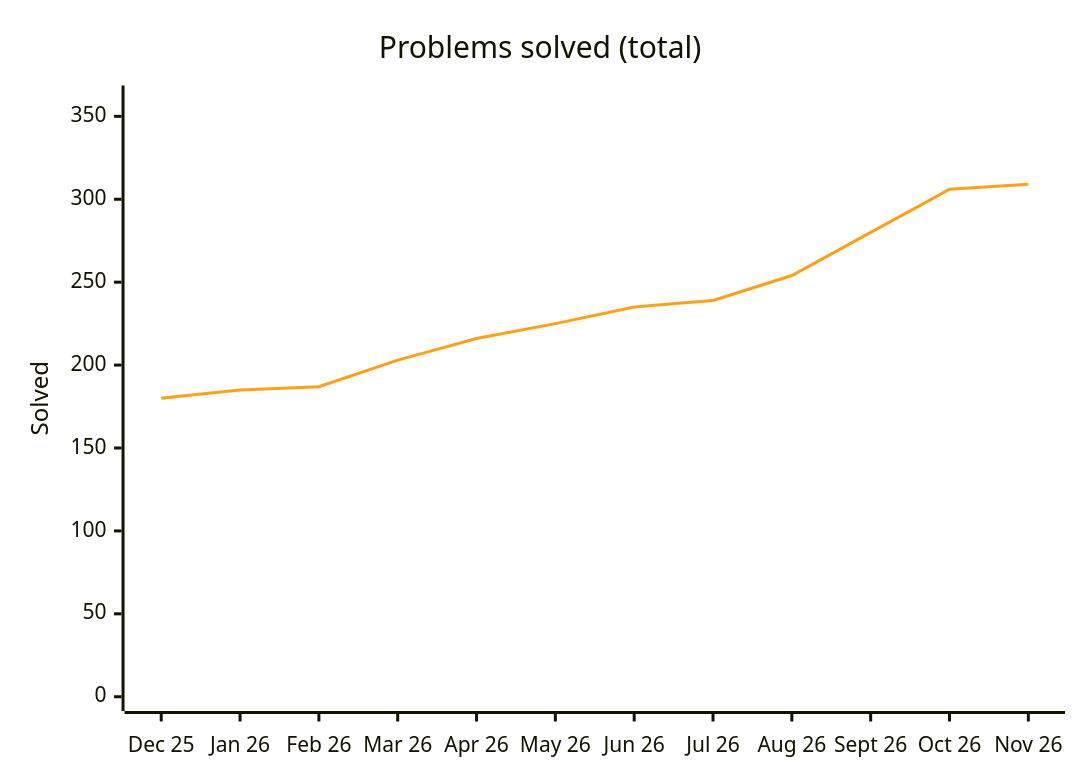
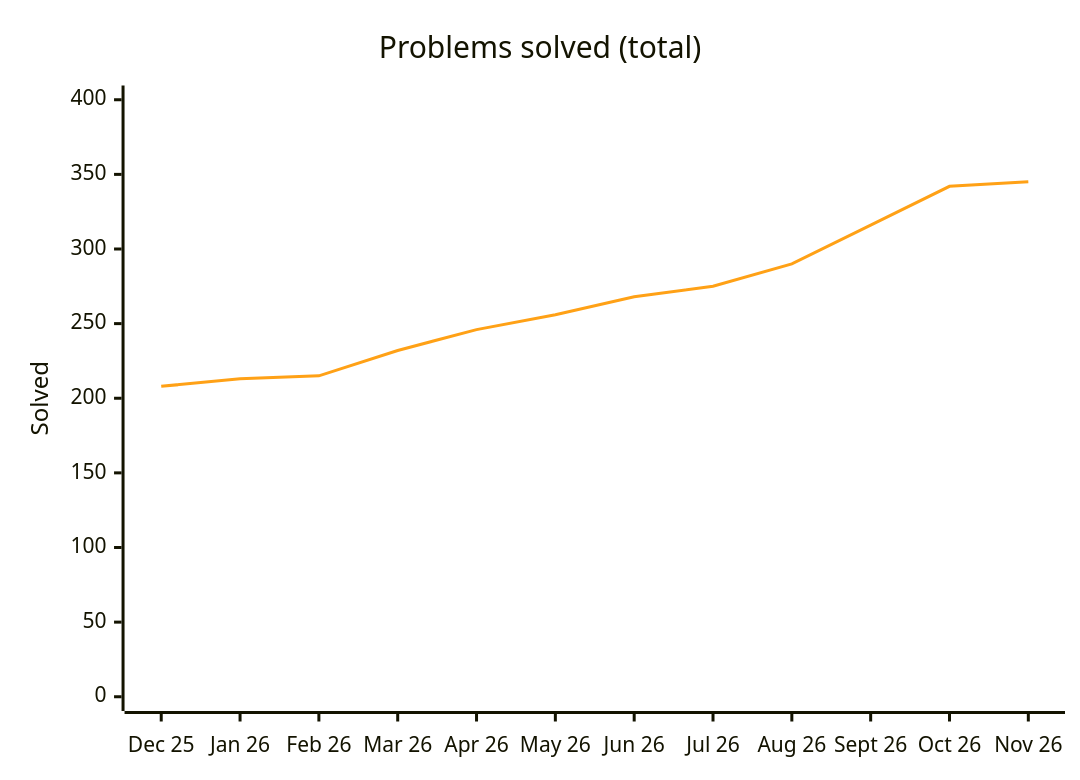
One commit to Ved-u/Java-DSA changed the diagram in README.md. Above: the diagram before and after it, drawn with Mermaid. The commit also changed other lines of this file and 38 other files, not shown here.

````diff
--- a/README.md
+++ b/README.md
@@ -53,8 +53,8 @@
 ```mermaid
 %%{init: {"themeVariables": {"xyChart": {"plotColorPalette": "#ffa116"}}}}%%
 xychart-beta
     title "Problems solved (total)"
     x-axis ["Dec 25", "Jan 26", "Feb 26", "Mar 26", "Apr 26", "May 26", "Jun 26", "Jul 26", "Aug 26", "Sept 26", "Oct 26", "Nov 26"]
-    y-axis "Solved" 0 --> 360
-    line [180, 185, 187, 203, 216, 225, 235, 239, 254, 280, 306, 309]
+    y-axis "Solved" 0 --> 400
+    line [208, 213, 215, 232, 246, 256, 268, 275, 290, 316, 342, 345]
 ```
````
